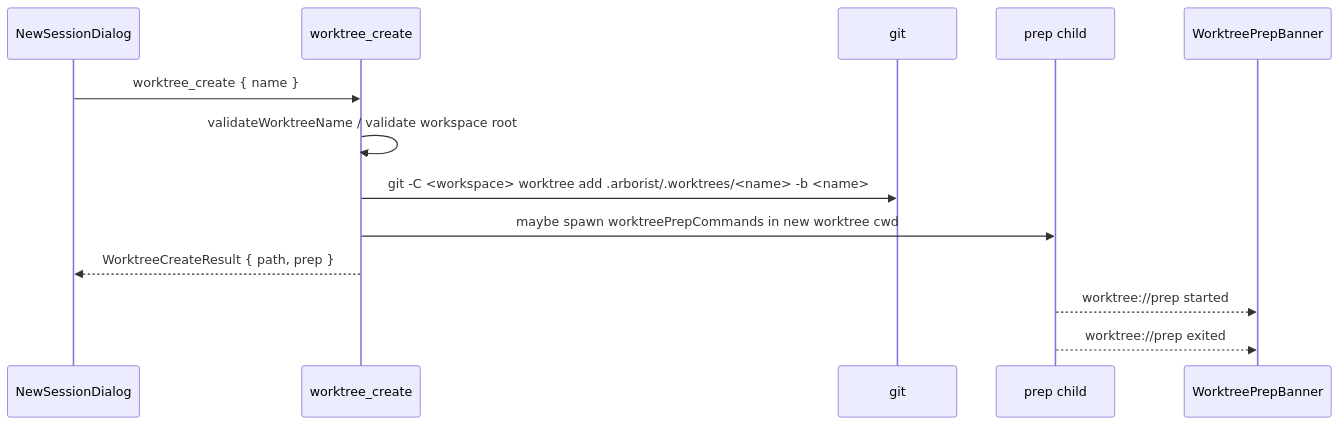
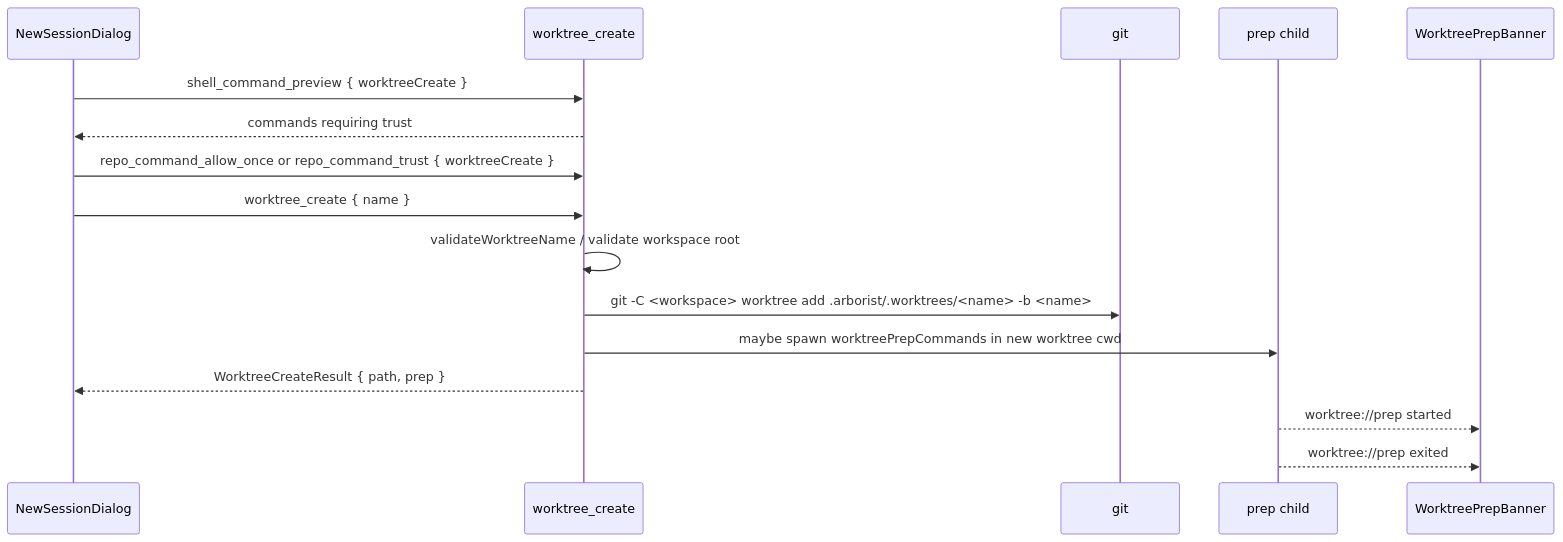
The third of 7 diagrams in docs/runtime-flows.md (mcaden/arborist), drawn with Mermaid before and after one commit. The commit also changed other lines of this file and 45 other files, not shown here.

First line of the commit message:
Harden repo shell command trust

````diff
--- a/docs/runtime-flows.md
+++ b/docs/runtime-flows.md
@@ -65,16 +65,19 @@
 ```mermaid
 sequenceDiagram
     participant UI as NewSessionDialog
     participant Rust as worktree_create
     participant Git as git
     participant Prep as prep child
     participant Banner as WorktreePrepBanner
 
+    UI->>Rust: shell_command_preview { worktreeCreate }
+    Rust-->>UI: commands requiring trust
+    UI->>Rust: repo_command_allow_once or repo_command_trust { worktreeCreate }
     UI->>Rust: worktree_create { name }
     Rust->>Rust: validateWorktreeName / validate workspace root
     Rust->>Git: git -C <workspace> worktree add .arborist/.worktrees/<name> -b <name>
     Rust->>Prep: maybe spawn worktreePrepCommands in new worktree cwd
     Rust-->>UI: WorktreeCreateResult { path, prep }
     Prep-->>Banner: worktree://prep started
     Prep-->>Banner: worktree://prep exited
 ```
````
